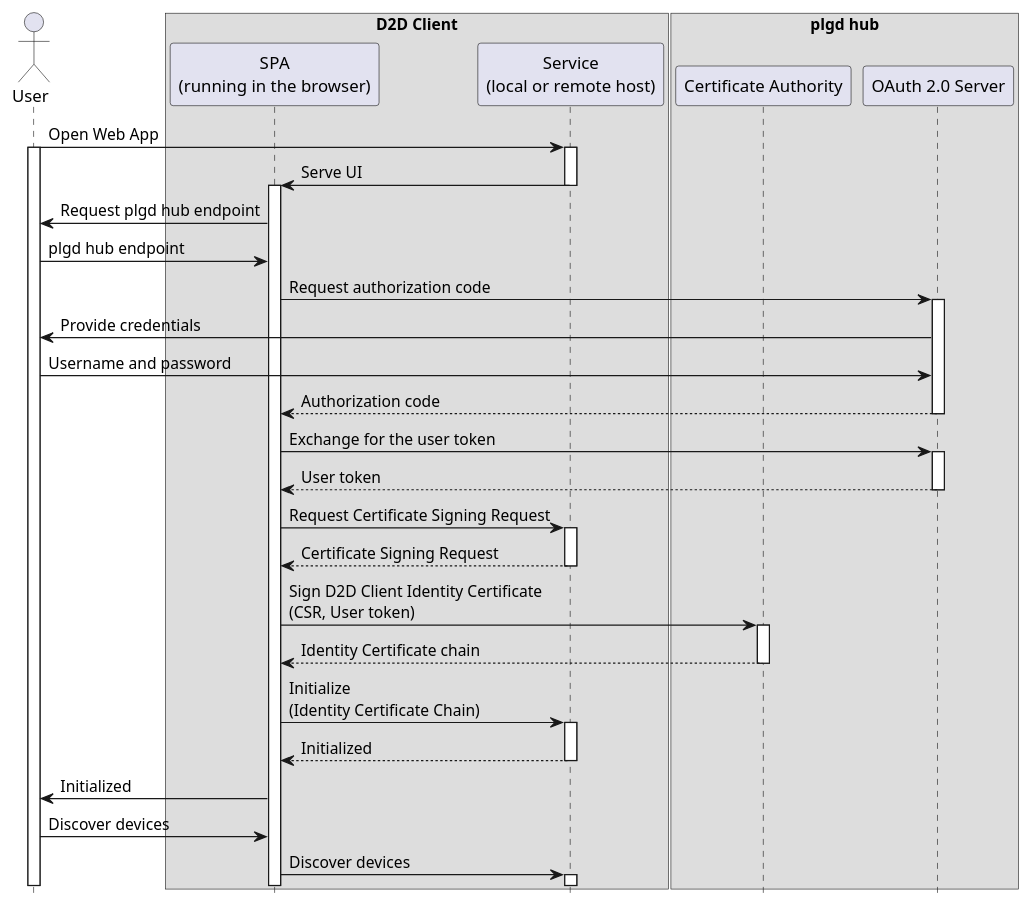
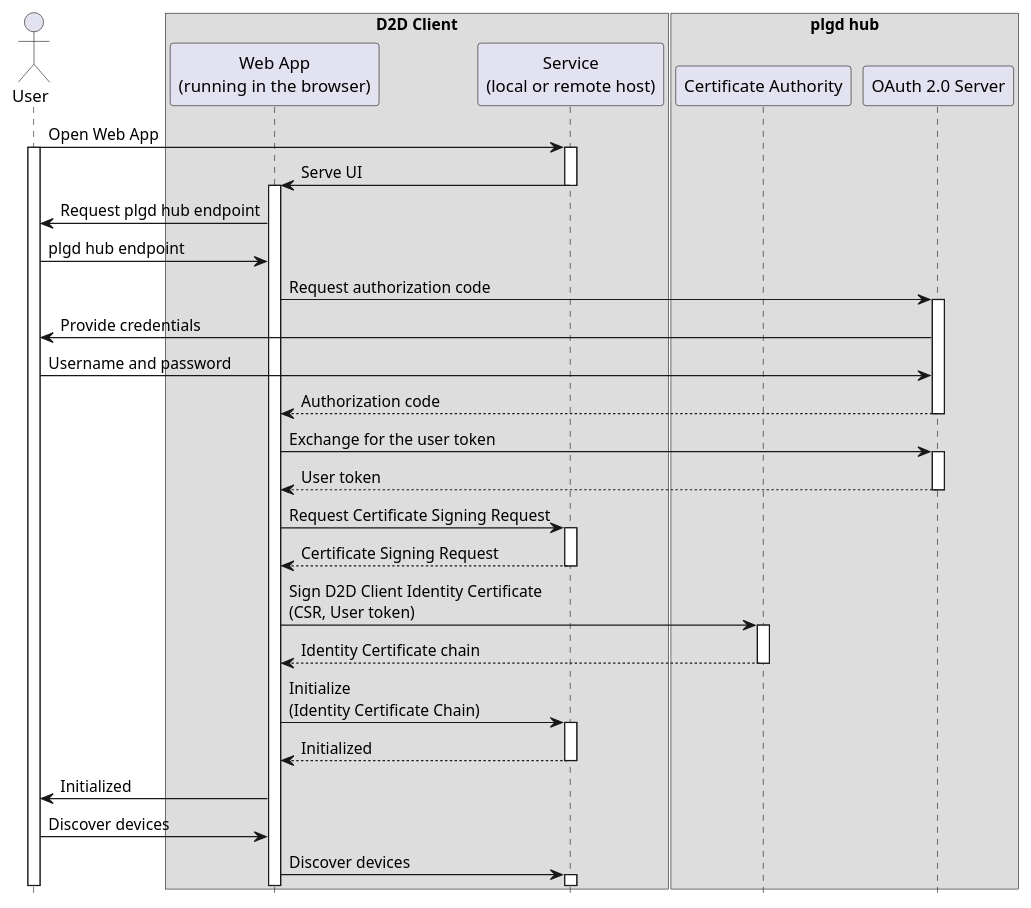
One commit to plgd-dev/doc changed the second of 2 diagrams in content/en/device-to-device-client/client-initialization.md. Above: the diagram before and after it, drawn with PlantUML. The commit also changed other lines of this file and 1 other file, not shown here.

```diff
--- a/content/en/device-to-device-client/client-initialization.md
+++ b/content/en/device-to-device-client/client-initialization.md
@@ -167,46 +118,46 @@
-{{< plantuml id="mediated-csr-js" >}}
+{{< plantuml id="mediated-csr" >}}
 @startuml Sequence
 skinparam backgroundColor transparent
 hide footbox
 
 actor U as "User"
 box "D2D Client"
-participant S as "SPA\n(running in the browser)"
+participant S as "Web App\n(running in the browser)"
 participant C as "Service\n(local or remote host)"
 end box
 
 box "plgd hub"
 participant CA as "Certificate Authority"
 participant OA as "OAuth 2.0 Server"
 end box
 
 U -> C ++: Open Web App
 activate U
 C -> S: Serve UI
 deactivate C
 activate S
 S -> U: Request plgd hub endpoint
 U -> S: plgd hub endpoint
 
 S -> OA ++: Request authorization code
 OA -> U: Provide credentials
 U -> OA: Username and password
 return Authorization code
 
 S -> OA ++: Exchange for the user token
 return User token
 
 S -> C ++: Request Certificate Signing Request
 return Certificate Signing Request
 
 S -> CA ++: Sign D2D Client Identity Certificate\n(CSR, User token)
 return Identity Certificate chain
 
 
 S -> C ++: Initialize\n(Identity Certificate Chain)
 return Initialized
 S -> U: Initialized
 U -> S: Discover devices
 S -> C ++: Discover devices
 @enduml
 {{< /plantuml >}}
```
